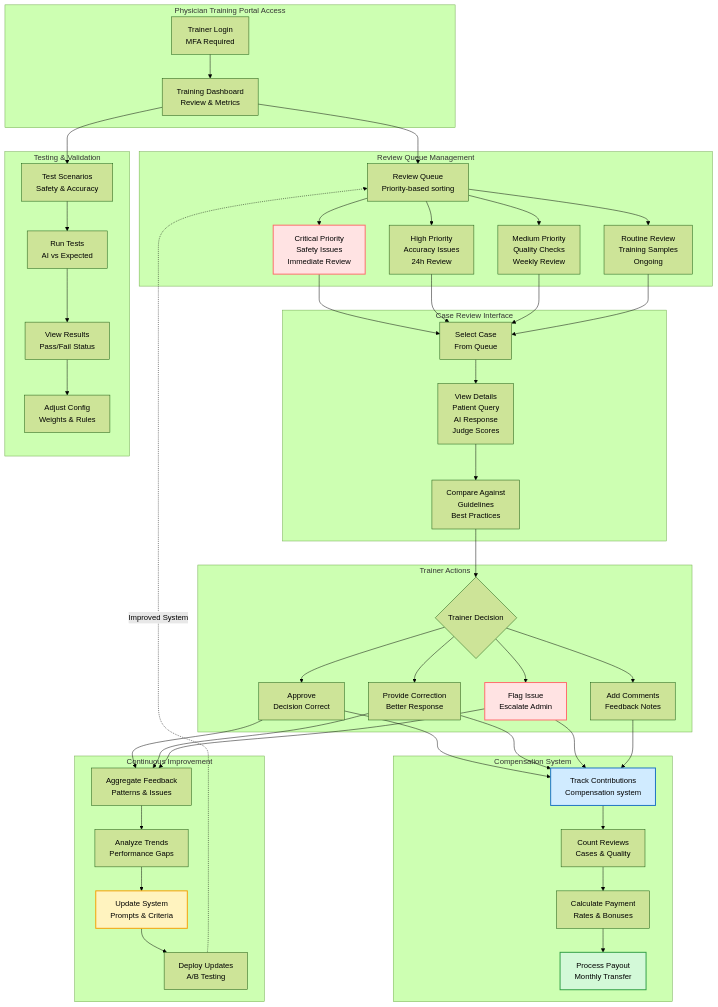
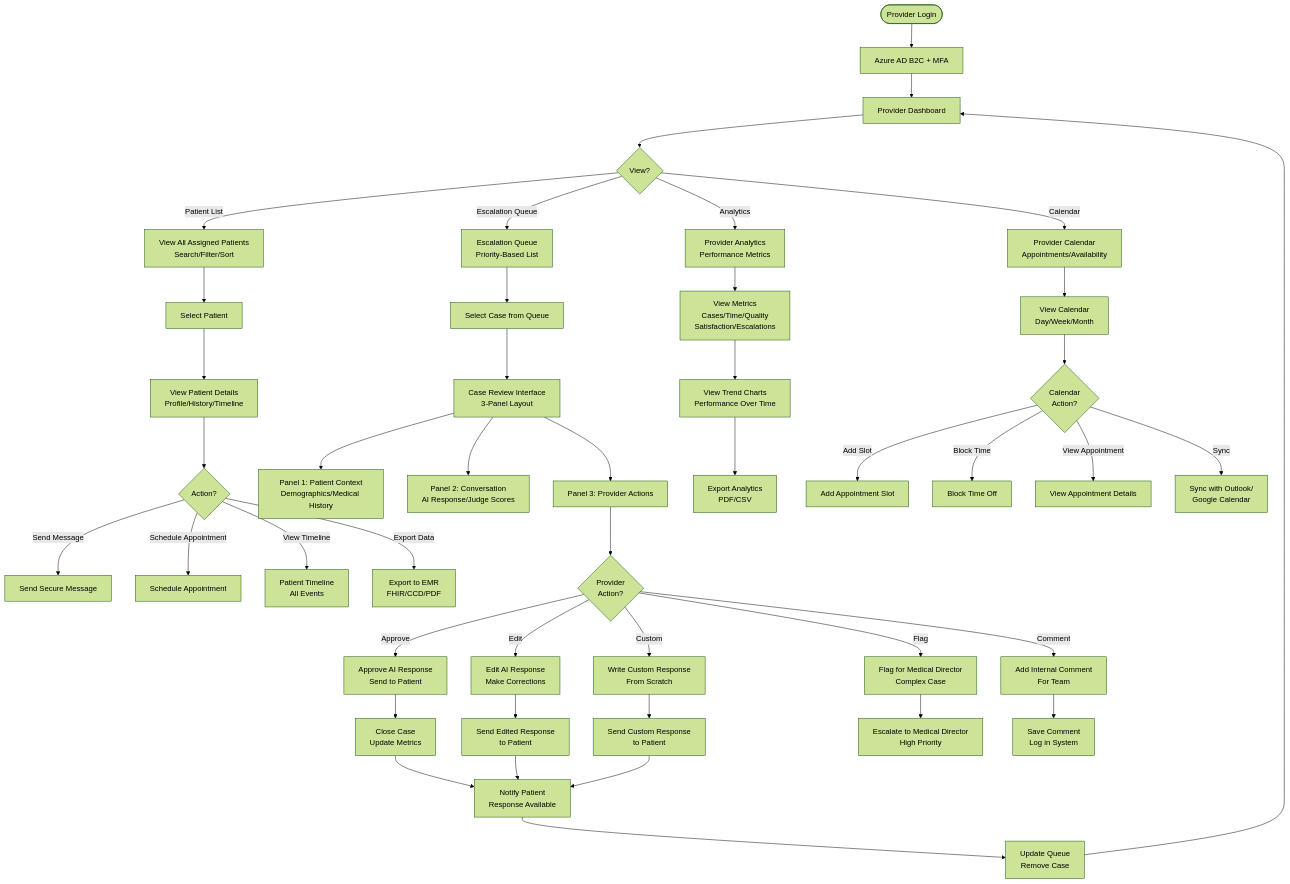
The sixth of 15 diagrams in README.md (gauravpandeydigilantern/ZIA), drawn with Mermaid (forest theme) before and after one commit. The commit also changed other lines of this file, not shown here.

````diff
--- a/README.md
+++ b/README.md
@@ -488,121 +395,59 @@
 ```mermaid
-graph TB
-    subgraph TrainerAccess["Physician Training Portal Access"]
-        LOGIN[Trainer Login<br/>MFA Required]
-        
-        DASH[Training Dashboard<br/>Review & Metrics]
-    end
+flowchart TD
+    START([Provider Login]) --> AUTH[Azure AD B2C + MFA]
+    AUTH --> PROVDASH[Provider Dashboard]
     
-    subgraph ReviewQueue["Review Queue Management"]
-        QUEUE[Review Queue<br/>Priority-based sorting]
-        
-        CRITICAL[Critical Priority<br/>Safety Issues<br/>Immediate Review]
-        
-        HIGH[High Priority<br/>Accuracy Issues<br/>24h Review]
-        
-        MEDIUM[Medium Priority<br/>Quality Checks<br/>Weekly Review]
-        
-        ROUTINE[Routine Review<br/>Training Samples<br/>Ongoing]
-    end
+    PROVDASH --> VIEW{View?}
     
-    subgraph CaseReview["Case Review Interface"]
-        SELECT[Select Case<br/>From Queue]
-        
-        DETAILS[View Details<br/>Patient Query<br/>AI Response<br/>Judge Scores]
-        
-        COMPARE[Compare Against<br/>Guidelines<br/>Best Practices]
-    end
+    VIEW -->|Patient List| PATIENTS[View All Assigned Patients<br/>Search/Filter/Sort]
+    VIEW -->|Escalation Queue| QUEUE[Escalation Queue<br/>Priority-Based List]
+    VIEW -->|Analytics| ANALYTICS[Provider Analytics<br/>Performance Metrics]
+    VIEW -->|Calendar| CALENDAR[Provider Calendar<br/>Appointments/Availability]
     
-    subgraph TrainerActions["Trainer Actions"]
-        ACTION{Trainer Decision}
-        
-        APPROVE[Approve<br/>Decision Correct]
-        
-        CORRECT[Provide Correction<br/>Better Response]
-        
-        FLAG[Flag Issue<br/>Escalate Admin]
-        
-        COMMENT[Add Comments<br/>Feedback Notes]
-    end
+    PATIENTS --> SELECTPAT[Select Patient]
+    SELECTPAT --> PATDETAIL[View Patient Details<br/>Profile/History/Timeline]
+    PATDETAIL --> PATACTION{Action?}
+    PATACTION -->|Send Message| MESSAGE[Send Secure Message]
+    PATACTION -->|Schedule Appointment| SCHEDAPPT[Schedule Appointment]
+    PATACTION -->|View Timeline| TIMELINE[Patient Timeline<br/>All Events]
+    PATACTION -->|Export Data| EXPORT[Export to EMR<br/>FHIR/CCD/PDF]
     
-    subgraph Compensation["Compensation System"]
-        TRACK[Track Contributions<br/>Compensation system]
-        
-        COUNT[Count Reviews<br/>Cases & Quality]
-        
-        CALCULATE[Calculate Payment<br/>Rates & Bonuses]
-        
-        PAYOUT[Process Payout<br/>Monthly Transfer]
-    end
+    QUEUE --> SELECTCASE[Select Case from Queue]
+    SELECTCASE --> CASEREVIEW[Case Review Interface<br/>3-Panel Layout]
     
-    subgraph TestingScenarios["Testing & Validation"]
-        SCENARIOS[Test Scenarios<br/>Safety & Accuracy]
-        
-        RUNTEST[Run Tests<br/>AI vs Expected]
-        
-        RESULTS[View Results<br/>Pass/Fail Status]
-        
-        ADJUST[Adjust Config<br/>Weights & Rules]
-    end
+    CASEREVIEW --> PANEL1[Panel 1: Patient Context<br/>Demographics/Medical History]
+    CASEREVIEW --> PANEL2[Panel 2: Conversation<br/>AI Response/Judge Scores]
+    CASEREVIEW --> PANEL3[Panel 3: Provider Actions]
     
-    subgraph ImprovementLoop["Continuous Improvement"]
-        AGGREGATE[Aggregate Feedback<br/>Patterns & Issues]
-        
-        ANALYZE[Analyze Trends<br/>Performance Gaps]
-        
-        UPDATE[Update System<br/>Prompts & Criteria]
-        
-        DEPLOY[Deploy Updates<br/>A/B Testing]
-    end
+    PANEL3 --> PROVACTION{Provider<br/>Action?}
     
-    LOGIN --> DASH
-    DASH --> QUEUE
+    PROVACTION -->|Approve| APPROVE[Approve AI Response<br/>Send to Patient]
+    PROVACTION -->|Edit| EDIT[Edit AI Response<br/>Make Corrections]
+    PROVACTION -->|Custom| CUSTOM[Write Custom Response<br/>From Scratch]
+    PROVACTION -->|Flag| FLAG[Flag for Medical Director<br/>Complex Case]
+    PROVACTION -->|Comment| COMMENT[Add Internal Comment<br/>For Team]
     
-    QUEUE --> CRITICAL
-    QUEUE --> HIGH
-    QUEUE --> MEDIUM
-    QUEUE --> ROUTINE
+    APPROVE --> CLOSECASE[Close Case<br/>Update Metrics]
+    EDIT --> SENDEDITED[Send Edited Response<br/>to Patient]
+    CUSTOM --> SENDCUSTOM[Send Custom Response<br/>to Patient]
+    FLAG --> ESCALATEMD[Escalate to Medical Director<br/>High Priority]
+    COMMENT --> SAVECOMMENT[Save Comment<br/>Log in System]
     
-    CRITICAL --> SELECT
-    HIGH --> SELECT
-    MEDIUM --> SELECT
-    ROUTINE --> SELECT
+    CLOSECASE --> NOTIFYPAT[Notify Patient<br/>Response Available]
+    SENDEDITED --> NOTIFYPAT
+    SENDCUSTOM --> NOTIFYPAT
     
-    SELECT --> DETAILS
-    DETAILS --> COMPARE
-    COMPARE --> ACTION
+    NOTIFYPAT --> UPDATEQUEUE[Update Queue<br/>Remove Case]
+    UPDATEQUEUE --> PROVDASH
     
-    ACTION --> APPROVE
-    ACTION --> CORRECT
-    ACTION --> FLAG
-    ACTION --> COMMENT
+    ANALYTICS --> VIEWMETRICS[View Metrics<br/>Cases/Time/Quality<br/>Satisfaction/Escalations]
+    VIEWMETRICS --> TRENDS[View Trend Charts<br/>Performance Over Time]
+    TRENDS --> EXPORTANALYTICS[Export Analytics<br/>PDF/CSV]
     
-    APPROVE --> TRACK
-    CORRECT --> TRACK
-    FLAG --> TRACK
-    COMMENT --> TRACK
-    
-    TRACK --> COUNT
-    COUNT --> CALCULATE
-    CALCULATE --> PAYOUT
-    
-    DASH --> SCENARIOS
-    SCENARIOS --> RUNTEST
-    RUNTEST --> RESULTS
-    RESULTS --> ADJUST
-    
-    APPROVE --> AGGREGATE
-    CORRECT --> AGGREGATE
-    FLAG --> AGGREGATE
-    
-    AGGREGATE --> ANALYZE
-    ANALYZE --> UPDATE
-    UPDATE --> DEPLOY
-    DEPLOY -.->|Improved System| QUEUE
-    
-    style CRITICAL fill:#ffe3e3,stroke:#ff6b6b,stroke-width:2px
-    style FLAG fill:#ffe3e3,stroke:#ff6b6b,stroke-width:2px
-    style TRACK fill:#d0ebff,stroke:#1971c2,stroke-width:2px
-    style PAYOUT fill:#d3f9d8,stroke:#2f9e44,stroke-width:2px
-    style UPDATE fill:#fff3bf,stroke:#f59f00,stroke-width:2px
+    CALENDAR --> VIEWCAL[View Calendar<br/>Day/Week/Month]
+    VIEWCAL --> CALACTION{Calendar<br/>Action?}
+    CALACTION -->|Add Slot| ADDSLOT[Add Appointment Slot]
+    CALACTION -->|Block Time| BLOCKTIME[Block Time Off]
+    CALACTION -->|View Appointment| VIEWAPPT[View Appointment Details]
+    CALACTION -->|Sync| SYNCCAL[Sync with Outlook/<br/>Google Calendar]
 ```
````
